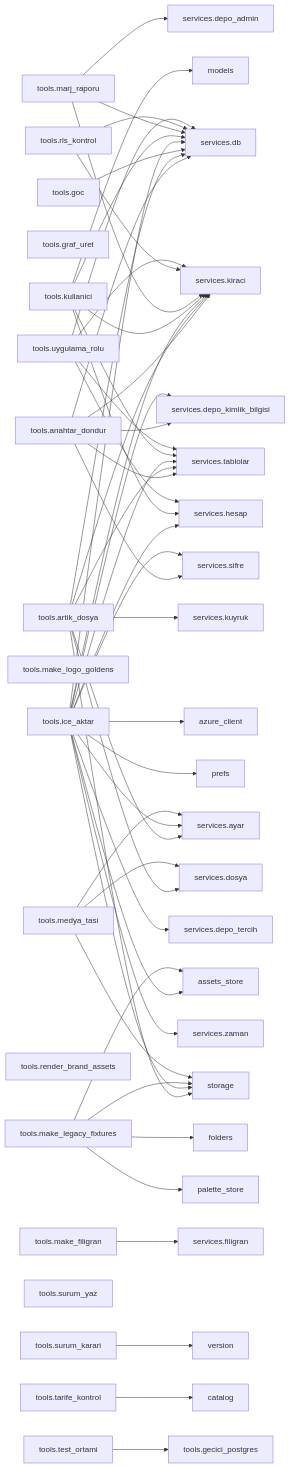
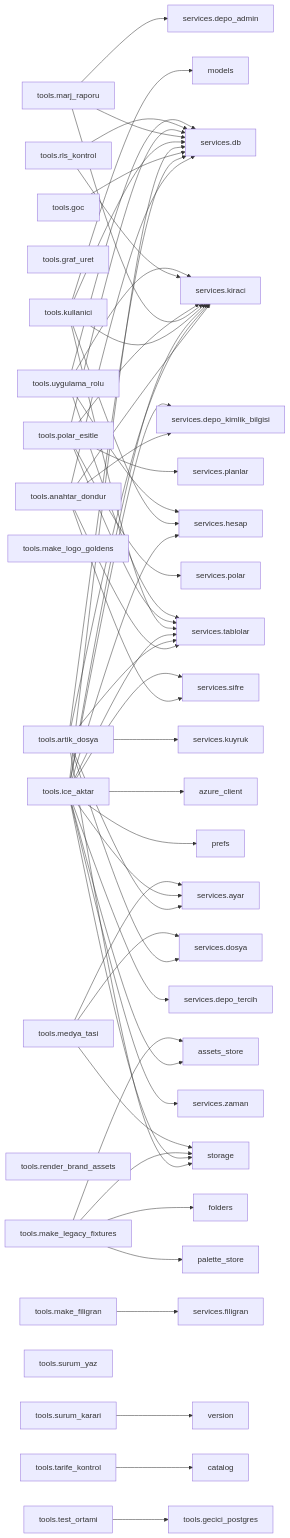
The second of 2 diagrams in docs/graflar/moduller.md (Zenginby/kromis), drawn with Mermaid before and after one commit. The commit also changed other lines of this file and 45 other files, not shown here.

````diff
--- a/docs/graflar/moduller.md
+++ b/docs/graflar/moduller.md
@@ -732,73 +742,79 @@
 ```mermaid
 flowchart LR
   n_tools_anahtar_dondur["tools.anahtar_dondur"]
   n_tools_anahtar_dondur --> n_services_db["services.db"]
   n_tools_anahtar_dondur --> n_services_depo_kimlik_bilgisi["services.depo_kimlik_bilgisi"]
   n_tools_anahtar_dondur --> n_services_kiraci["services.kiraci"]
   n_tools_anahtar_dondur --> n_services_sifre["services.sifre"]
   n_tools_anahtar_dondur --> n_services_tablolar["services.tablolar"]
   n_tools_artik_dosya["tools.artik_dosya"]
   n_tools_artik_dosya --> n_services_ayar["services.ayar"]
   n_tools_artik_dosya --> n_services_db["services.db"]
   n_tools_artik_dosya --> n_services_dosya["services.dosya"]
   n_tools_artik_dosya --> n_services_kiraci["services.kiraci"]
   n_tools_artik_dosya --> n_services_kuyruk["services.kuyruk"]
   n_tools_artik_dosya --> n_services_tablolar["services.tablolar"]
   n_tools_artik_dosya --> n_storage["storage"]
   n_tools_gecici_postgres["tools.gecici_postgres"]
   n_tools_goc["tools.goc"]
   n_tools_goc --> n_services_db["services.db"]
   n_tools_graf_uret["tools.graf_uret"]
   n_tools_ice_aktar["tools.ice_aktar"]
   n_tools_ice_aktar --> n_assets_store["assets_store"]
   n_tools_ice_aktar --> n_azure_client["azure_client"]
   n_tools_ice_aktar --> n_prefs["prefs"]
   n_tools_ice_aktar --> n_services_ayar["services.ayar"]
   n_tools_ice_aktar --> n_services_db["services.db"]
   n_tools_ice_aktar --> n_services_depo_kimlik_bilgisi["services.depo_kimlik_bilgisi"]
   n_tools_ice_aktar --> n_services_depo_tercih["services.depo_tercih"]
   n_tools_ice_aktar --> n_services_hesap["services.hesap"]
   n_tools_ice_aktar --> n_services_kiraci["services.kiraci"]
   n_tools_ice_aktar --> n_services_sifre["services.sifre"]
   n_tools_ice_aktar --> n_services_tablolar["services.tablolar"]
   n_tools_ice_aktar --> n_services_zaman["services.zaman"]
   n_tools_ice_aktar --> n_storage["storage"]
   n_tools_kullanici["tools.kullanici"]
   n_tools_kullanici --> n_models["models"]
   n_tools_kullanici --> n_services_db["services.db"]
   n_tools_kullanici --> n_services_hesap["services.hesap"]
   n_tools_kullanici --> n_services_kiraci["services.kiraci"]
   n_tools_kullanici --> n_services_tablolar["services.tablolar"]
   n_tools_make_filigran["tools.make_filigran"]
   n_tools_make_filigran --> n_services_filigran["services.filigran"]
   n_tools_make_legacy_fixtures["tools.make_legacy_fixtures"]
   n_tools_make_legacy_fixtures --> n_assets_store["assets_store"]
   n_tools_make_legacy_fixtures --> n_folders["folders"]
   n_tools_make_legacy_fixtures --> n_palette_store["palette_store"]
   n_tools_make_legacy_fixtures --> n_storage["storage"]
   n_tools_make_logo_goldens["tools.make_logo_goldens"]
   n_tools_marj_raporu["tools.marj_raporu"]
   n_tools_marj_raporu --> n_services_db["services.db"]
   n_tools_marj_raporu --> n_services_depo_admin["services.depo_admin"]
   n_tools_marj_raporu --> n_services_kiraci["services.kiraci"]
   n_tools_medya_tasi["tools.medya_tasi"]
   n_tools_medya_tasi --> n_services_ayar["services.ayar"]
   n_tools_medya_tasi --> n_services_dosya["services.dosya"]
   n_tools_medya_tasi --> n_storage["storage"]
+  n_tools_polar_esitle["tools.polar_esitle"]
+  n_tools_polar_esitle --> n_services_db["services.db"]
+  n_tools_polar_esitle --> n_services_kiraci["services.kiraci"]
+  n_tools_polar_esitle --> n_services_planlar["services.planlar"]
+  n_tools_polar_esitle --> n_services_polar["services.polar"]
+  n_tools_polar_esitle --> n_services_tablolar["services.tablolar"]
   n_tools_render_brand_assets["tools.render_brand_assets"]
   n_tools_rls_kontrol["tools.rls_kontrol"]
   n_tools_rls_kontrol --> n_services_db["services.db"]
   n_tools_rls_kontrol --> n_services_kiraci["services.kiraci"]
   n_tools_surum_karari["tools.surum_karari"]
   n_tools_surum_karari --> n_version["version"]
   n_tools_surum_yaz["tools.surum_yaz"]
   n_tools_tarife_kontrol["tools.tarife_kontrol"]
   n_tools_tarife_kontrol --> n_catalog["catalog"]
   n_tools_test_ortami["tools.test_ortami"]
   n_tools_test_ortami --> n_tools_gecici_postgres["tools.gecici_postgres"]
   n_tools_uygulama_rolu["tools.uygulama_rolu"]
   n_tools_uygulama_rolu --> n_services_db["services.db"]
   n_tools_uygulama_rolu --> n_services_hesap["services.hesap"]
   n_tools_uygulama_rolu --> n_services_kiraci["services.kiraci"]
   n_tools_uygulama_rolu --> n_services_tablolar["services.tablolar"]
 ```
````
